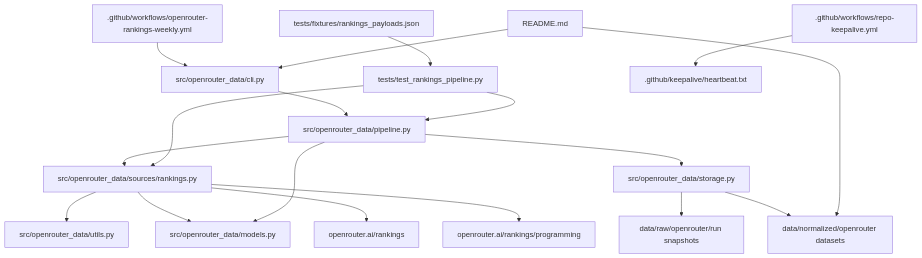
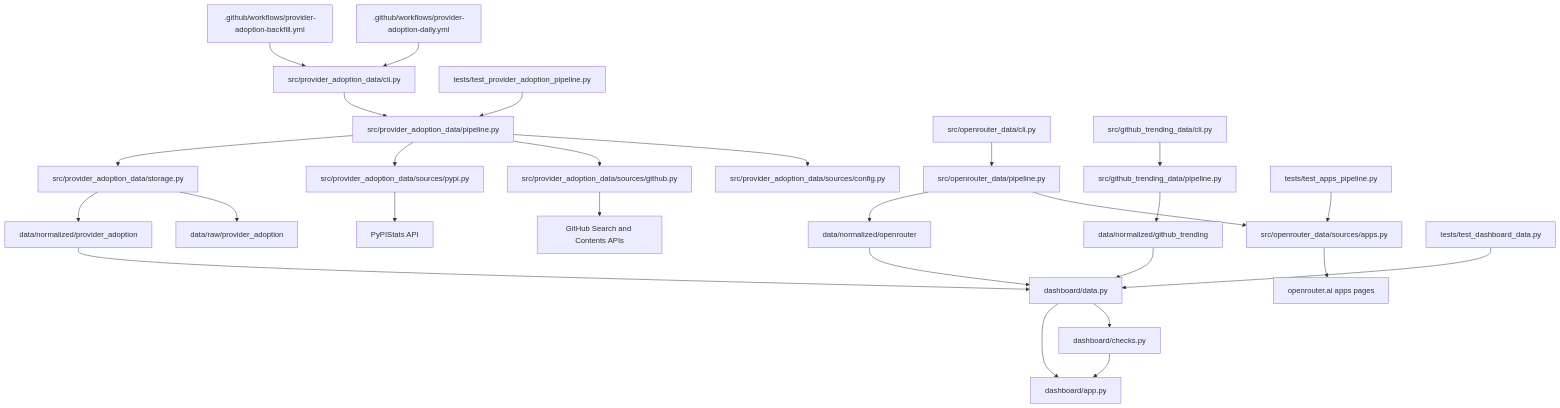
The diagram in PROJECT_MAP.md (Henrywzh/alternative-data), drawn with Mermaid before and after one commit. The commit also changed other lines of this file, not shown here.

Commit message:
docs: refresh daily project map

````diff
--- a/PROJECT_MAP.md
+++ b/PROJECT_MAP.md
@@ -9,20 +9,33 @@
 ```mermaid
 graph TD
-    GH[.github/workflows/openrouter-rankings-weekly.yml] --> CLI[src/openrouter_data/cli.py]
-    CLI --> PIPE[src/openrouter_data/pipeline.py]
-    PIPE --> SRC[src/openrouter_data/sources/rankings.py]
-    SRC --> UTILS[src/openrouter_data/utils.py]
-    SRC --> MODELS[src/openrouter_data/models.py]
-    SRC --> OR1[openrouter.ai/rankings]
-    SRC --> OR2[openrouter.ai/rankings/programming]
-    PIPE --> STORAGE[src/openrouter_data/storage.py]
-    PIPE --> MODELS
-    STORAGE --> RAW[data/raw/openrouter/run snapshots]
-    STORAGE --> NORM[data/normalized/openrouter datasets]
-    TESTS[tests/test_rankings_pipeline.py] --> PIPE
-    TESTS --> SRC
-    FIXTURE[tests/fixtures/rankings_payloads.json] --> TESTS
-    KEEP[.github/workflows/repo-keepalive.yml] --> HEART[.github/keepalive/heartbeat.txt]
-    README[README.md] --> CLI
-    README --> NORM
+    PAD[".github/workflows/provider-adoption-daily.yml"] --> PACLI["src/provider_adoption_data/cli.py"]
+    PAB[".github/workflows/provider-adoption-backfill.yml"] --> PACLI
+    PACLI --> PAPIPE["src/provider_adoption_data/pipeline.py"]
+    PAPIPE --> PACFG["src/provider_adoption_data/sources/config.py"]
+    PAPIPE --> PAGH["src/provider_adoption_data/sources/github.py"]
+    PAPIPE --> PAPYPI["src/provider_adoption_data/sources/pypi.py"]
+    PAPIPE --> PASTORE["src/provider_adoption_data/storage.py"]
+    PAGH --> GHAPI["GitHub Search and Contents APIs"]
+    PAPYPI --> PYPIAPI["PyPIStats API"]
+    PASTORE --> PARAW["data/raw/provider_adoption"]
+    PASTORE --> PANORM["data/normalized/provider_adoption"]
+
+    ORCLI["src/openrouter_data/cli.py"] --> ORPIPE["src/openrouter_data/pipeline.py"]
+    ORPIPE --> ORAPPS["src/openrouter_data/sources/apps.py"]
+    ORAPPS --> ORWEB["openrouter.ai apps pages"]
+    ORPIPE --> ORNORM["data/normalized/openrouter"]
+
+    GTCLI["src/github_trending_data/cli.py"] --> GTPIPE["src/github_trending_data/pipeline.py"]
+    GTPIPE --> GTNORM["data/normalized/github_trending"]
+
+    PANORM --> DDATA["dashboard/data.py"]
+    ORNORM --> DDATA
+    GTNORM --> DDATA
+    DDATA --> DCHECKS["dashboard/checks.py"]
+    DDATA --> DAPP["dashboard/app.py"]
+    DCHECKS --> DAPP
+
+    TPA["tests/test_provider_adoption_pipeline.py"] --> PAPIPE
+    TDA["tests/test_dashboard_data.py"] --> DDATA
+    TAPP["tests/test_apps_pipeline.py"] --> ORAPPS
 ```
````
